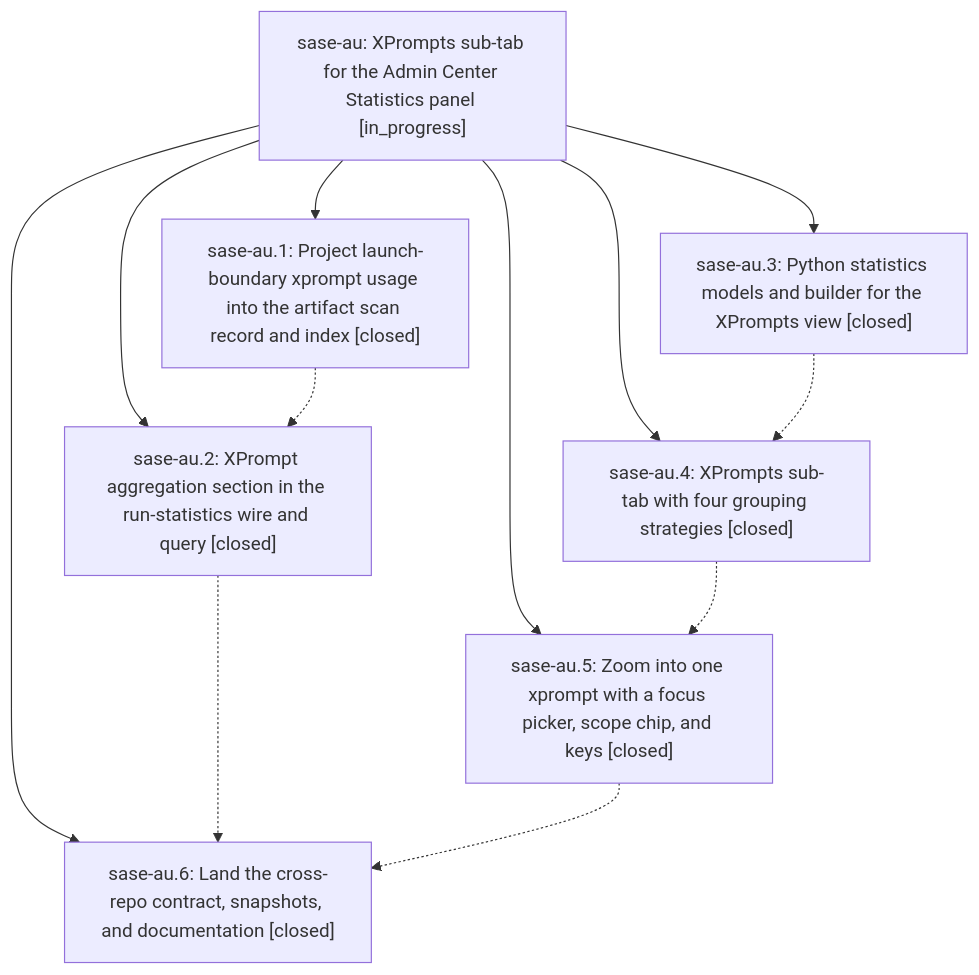
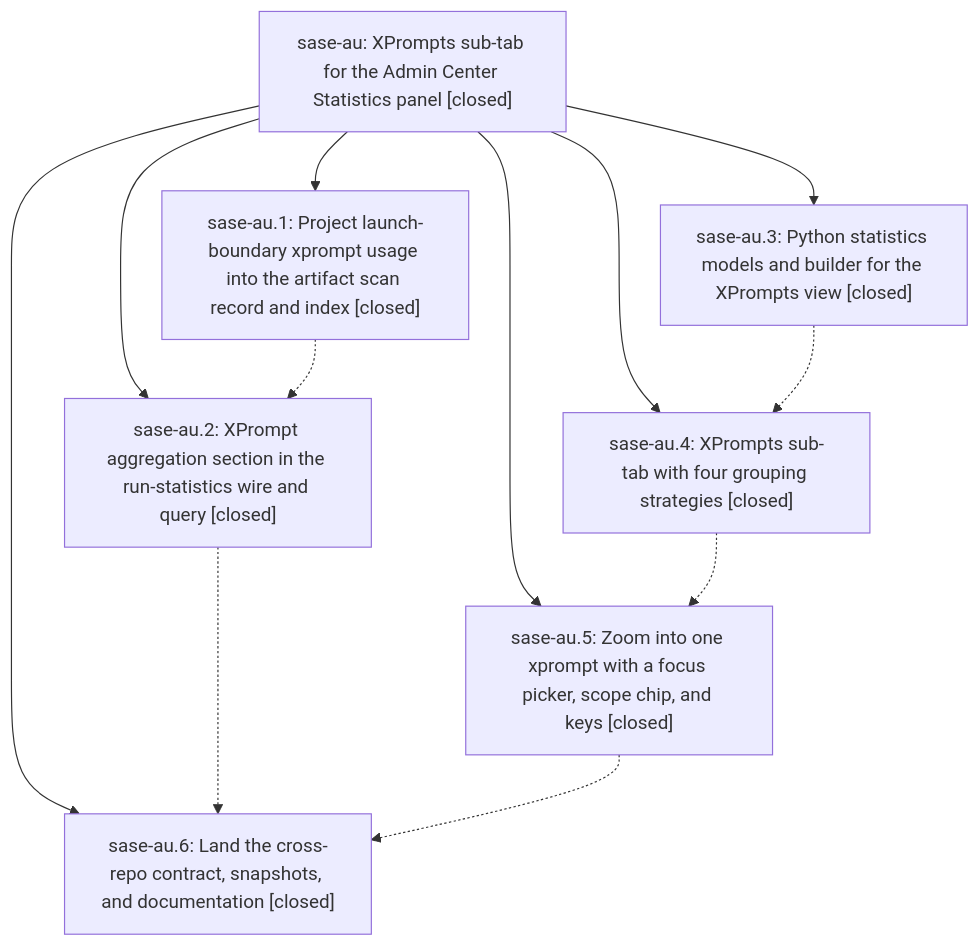
Before and after one commit to sase-org/sase--beads: the diagram in pages/sase-au/README.md, drawn with Mermaid. The commit also changed other lines of this file, not shown here.

First line of the commit message:
chore(beads): sync bead state and pages for sase-au

````diff
--- a/pages/sase-au/README.md
+++ b/pages/sase-au/README.md
@@ -27,21 +31,21 @@
 ```mermaid
 flowchart TD
-    n0["sase-au: XPrompts sub-tab for the Admin Center Statistics panel [in_progress]"]
+    n0["sase-au: XPrompts sub-tab for the Admin Center Statistics panel [closed]"]
     n1["sase-au.1: Project launch-boundary xprompt usage into the artifact scan record and index [closed]"]
     n2["sase-au.2: XPrompt aggregation section in the run-statistics wire and query [closed]"]
     n3["sase-au.3: Python statistics models and builder for the XPrompts view [closed]"]
     n4["sase-au.4: XPrompts sub-tab with four grouping strategies [closed]"]
     n5["sase-au.5: Zoom into one xprompt with a focus picker, scope chip, and keys [closed]"]
     n6["sase-au.6: Land the cross-repo contract, snapshots, and documentation [closed]"]
     n0 --> n1
     n0 --> n2
     n0 --> n3
     n0 --> n4
     n0 --> n5
     n0 --> n6
     n1 -.-> n2
     n2 -.-> n6
     n3 -.-> n4
     n4 -.-> n5
     n5 -.-> n6
 ```
````
